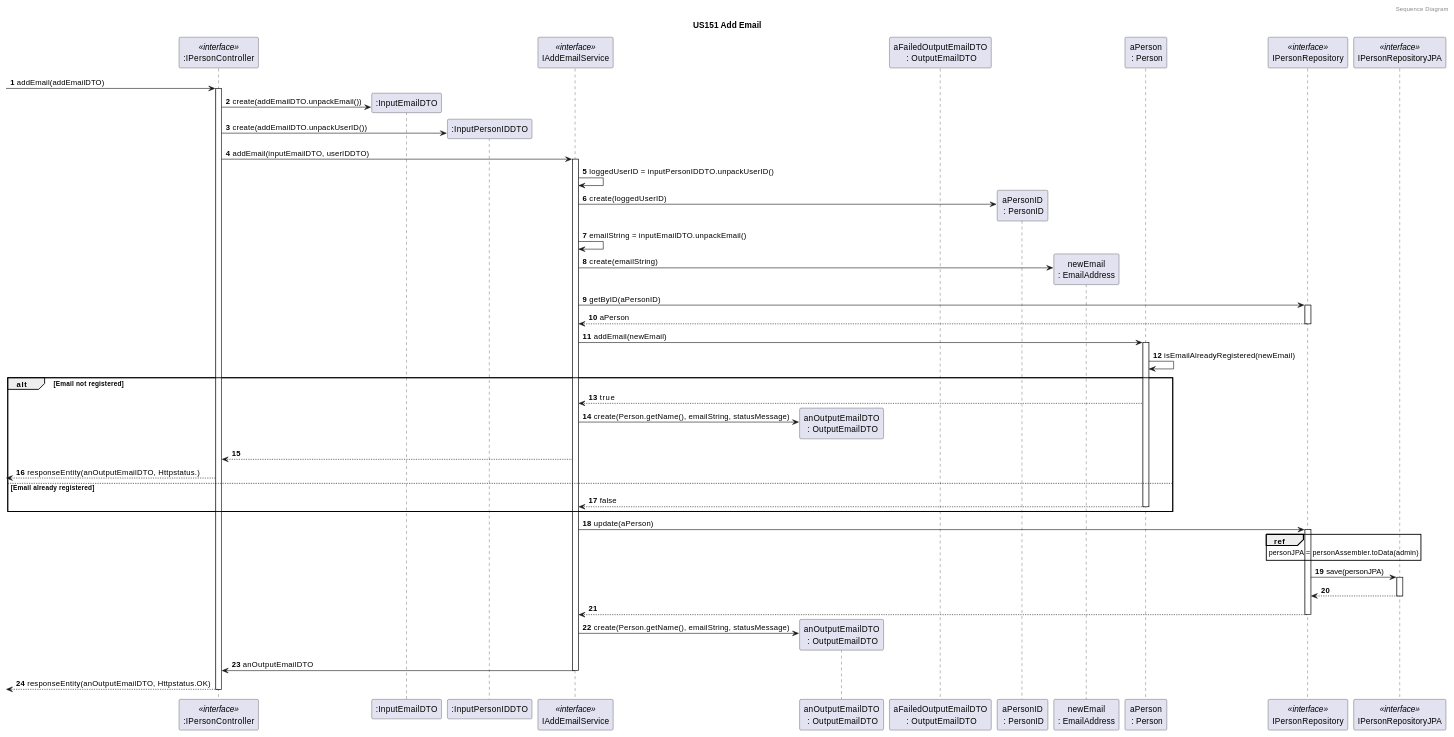
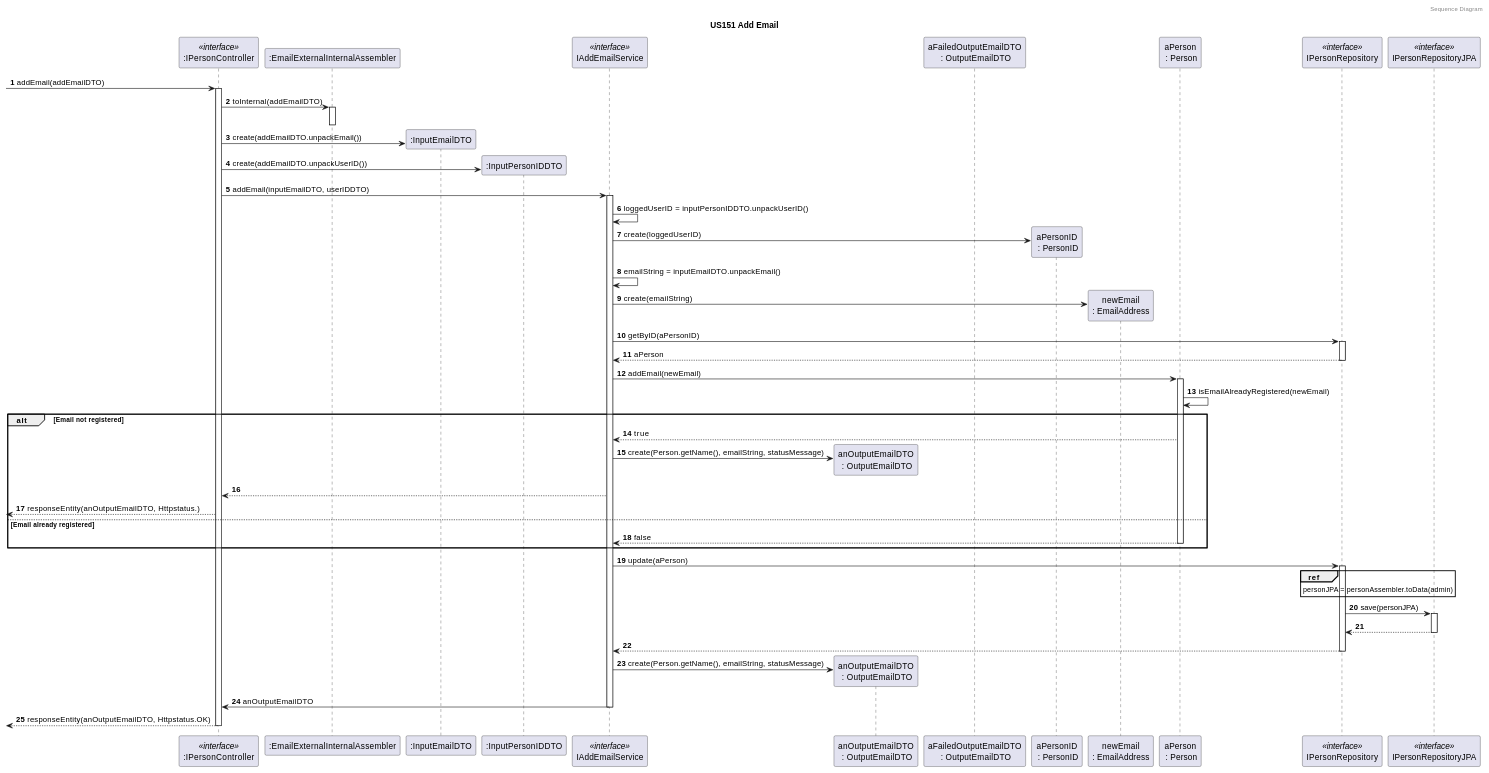
The fourth of 4 diagrams in docs/sprint5/user_stories/US151_AddEmail.md (tomas-osswald/switch_2020_g3), drawn with PlantUML before and after one commit. The commit also changed 1 other file, not shown here.

Commit message:
Updated log after DSOFT II Class. Minor changes to US151 SD

```diff
--- a/docs/sprint5/user_stories/US151_AddEmail.md
+++ b/docs/sprint5/user_stories/US151_AddEmail.md
@@ -212,6 +212,7 @@
 title US151 Add Email
 
 participant ":IPersonController" as controller <<interface>>
+participant ":EmailExternalInternalAssembler" as assembler
 participant ":InputEmailDTO" as inputemail
 participant ":InputPersonIDDTO" as userdto
 
@@ -228,6 +229,9 @@
 
 -> controller : addEmail(addEmailDTO)
 activate controller
+controller -> assembler : toInternal(addEmailDTO)
+activate assembler
+deactivate assembler
 controller -> inputemail** : create(addEmailDTO.unpackEmail())
 controller -> userdto** : create(addEmailDTO.unpackUserID())
 controller -> service : addEmail(inputEmailDTO, userIDDTO)
```
